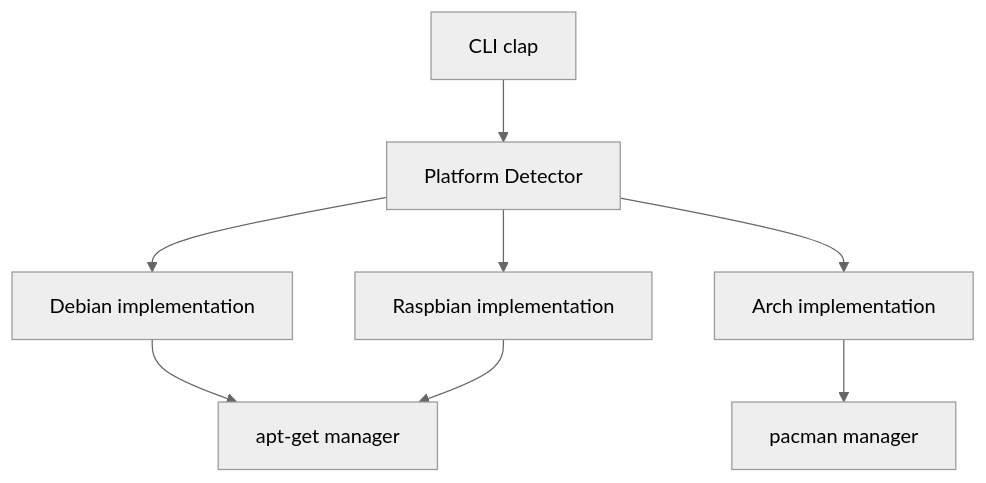
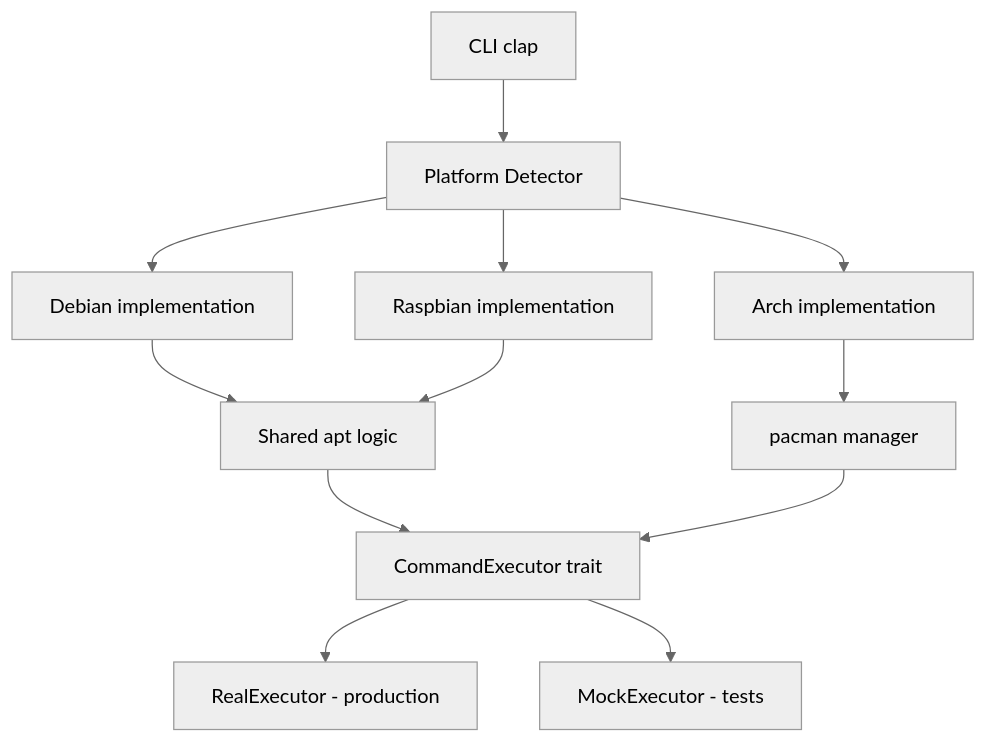
The diagram in README.md (yoyonel/genesis-rs), drawn with Mermaid (neutral theme) before and after one commit. The commit also changed other lines of this file and 1 other file, not shown here.

````diff
--- a/README.md
+++ b/README.md
@@ -19,11 +19,16 @@
 ```mermaid
 graph TD
     CLI[CLI clap] --> Platform[Platform Detector]
     Platform --> Debian[Debian implementation]
     Platform --> Arch[Arch implementation]
     Platform --> Raspbian[Raspbian implementation]
-    
-    Debian --> Apt[apt-get manager]
+
+    Debian --> Apt[Shared apt logic]
     Raspbian --> Apt
     Arch --> Pacman[pacman manager]
+
+    Apt --> Executor[CommandExecutor trait]
+    Pacman --> Executor
+    Executor --> Real[RealExecutor - production]
+    Executor --> Mock[MockExecutor - tests]
 ```
````
